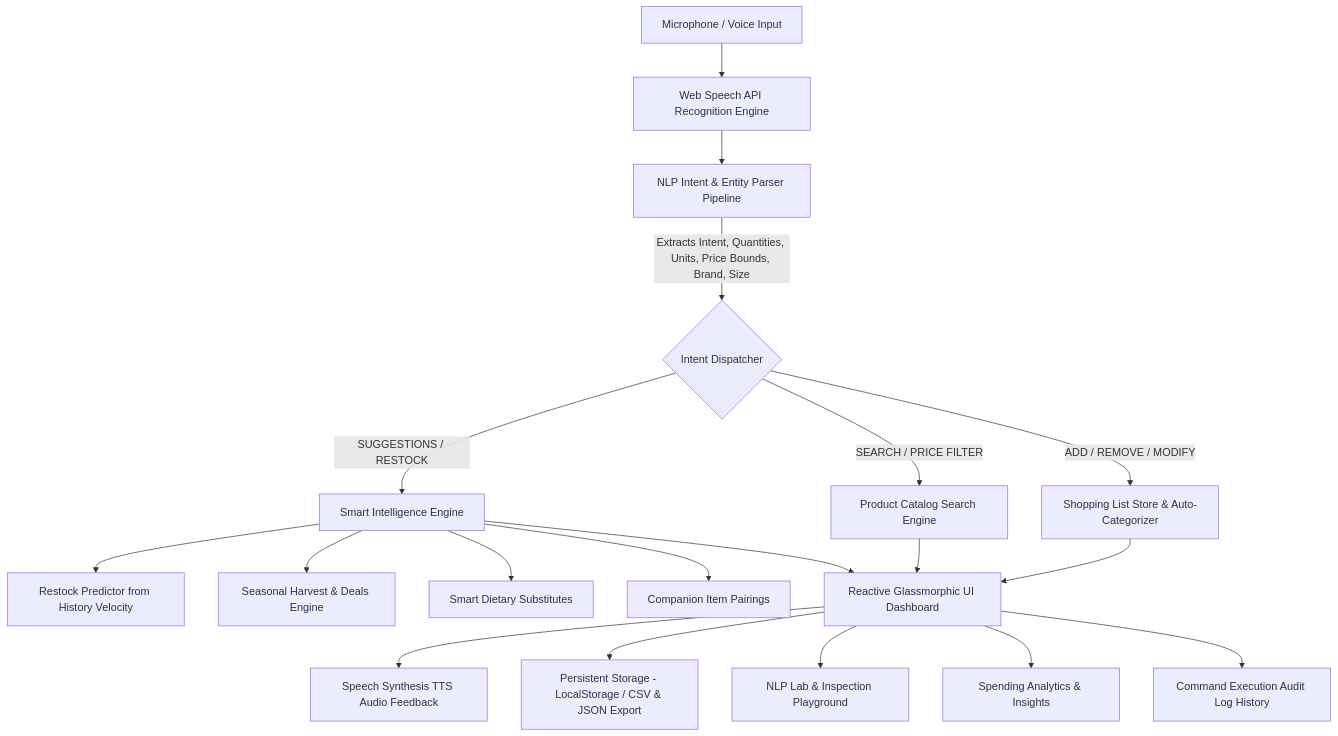
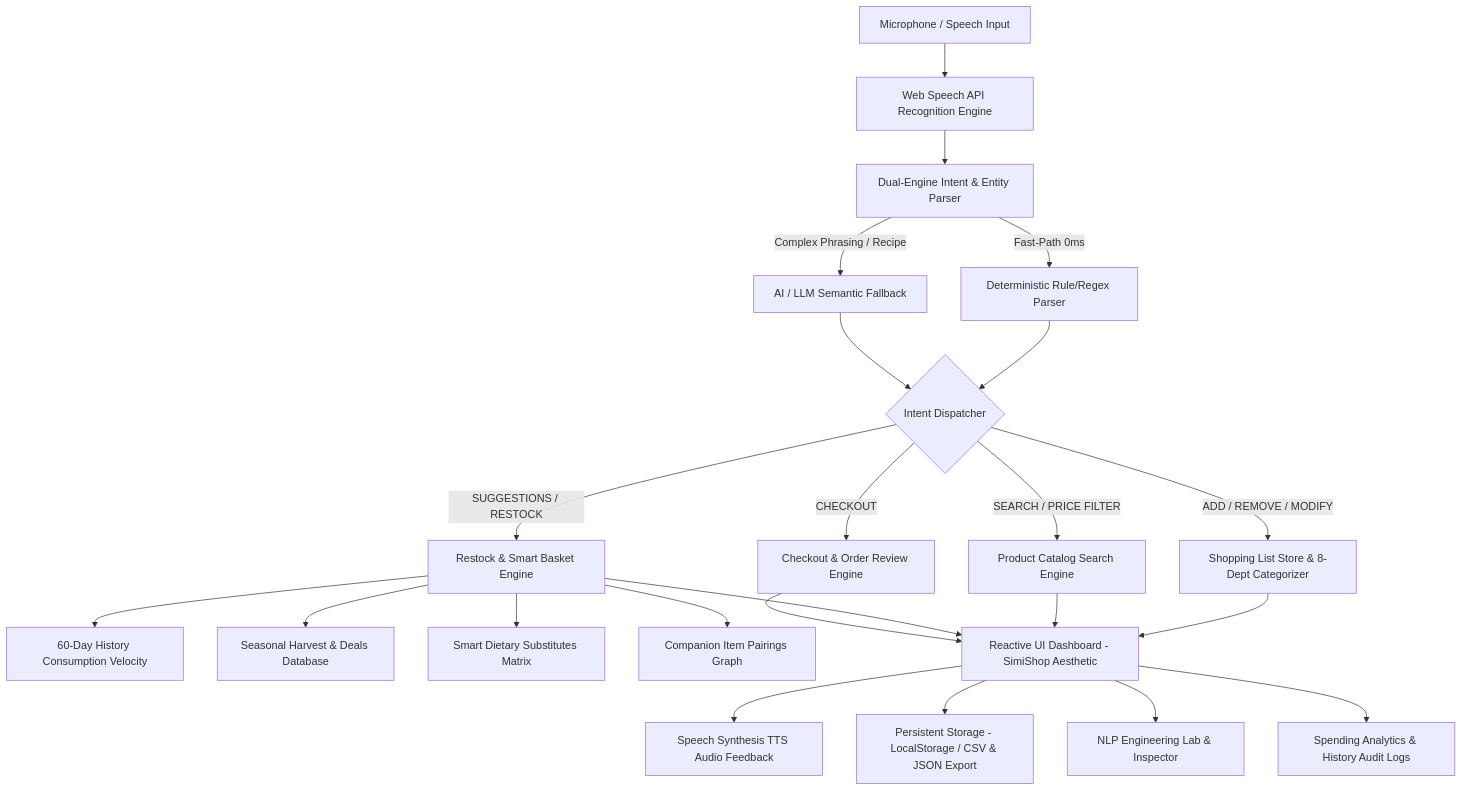
One commit to MAYANK479/voice_cart_ai changed the diagram in README.md. Above: the diagram before and after it, drawn with Mermaid. The commit also changed other lines of this file and 1 other file, not shown here.

Commit message:
docs: correct offline claim, reframe rule parser vs LLM, add known limitations and data sources

````diff
--- a/README.md
+++ b/README.md
@@ -58,26 +33,31 @@
 ```mermaid
 graph TD
-    A[Microphone / Voice Input] --> B[Web Speech API Recognition Engine]
-    B --> C[NLP Intent & Entity Parser Pipeline]
+    A[Microphone / Speech Input] --> B[Web Speech API Recognition Engine]
+    B --> C[Dual-Engine Intent & Entity Parser]
     
-    C -->|Extracts Intent, Quantities, Units, Price Bounds, Brand, Size| D{Intent Dispatcher}
+    C -->|Fast-Path 0ms| C1[Deterministic Rule/Regex Parser]
+    C -->|Complex Phrasing / Recipe| C2[AI / LLM Semantic Fallback]
     
-    D -->|ADD / REMOVE / MODIFY| E[Shopping List Store & Auto-Categorizer]
+    C1 --> D{Intent Dispatcher}
+    C2 --> D
+    
+    D -->|ADD / REMOVE / MODIFY| E[Shopping List Store & 8-Dept Categorizer]
     D -->|SEARCH / PRICE FILTER| F[Product Catalog Search Engine]
-    D -->|SUGGESTIONS / RESTOCK| G[Smart Intelligence Engine]
+    D -->|SUGGESTIONS / RESTOCK| G[Restock & Smart Basket Engine]
+    D -->|CHECKOUT| N[Checkout & Order Review Engine]
     
-    G --> G1[Restock Predictor from History Velocity]
-    G --> G2[Seasonal Harvest & Deals Engine]
-    G --> G3[Smart Dietary Substitutes]
-    G --> G4[Companion Item Pairings]
+    G --> G1[60-Day History Consumption Velocity]
+    G --> G2[Seasonal Harvest & Deals Database]
+    G --> G3[Smart Dietary Substitutes Matrix]
+    G --> G4[Companion Item Pairings Graph]
     
-    E --> H[Reactive Glassmorphic UI Dashboard]
+    E --> H[Reactive UI Dashboard - SimiShop Aesthetic]
     F --> H
     G --> H
+    N --> H
     
     H --> I[Speech Synthesis TTS Audio Feedback]
     H --> J[Persistent Storage - LocalStorage / CSV & JSON Export]
-    H --> K[NLP Lab & Inspection Playground]
-    H --> L[Spending Analytics & Insights]
-    H --> M[Command Execution Audit Log History]
+    H --> K[NLP Engineering Lab & Inspector]
+    H --> L[Spending Analytics & History Audit Logs]
 ```
````
